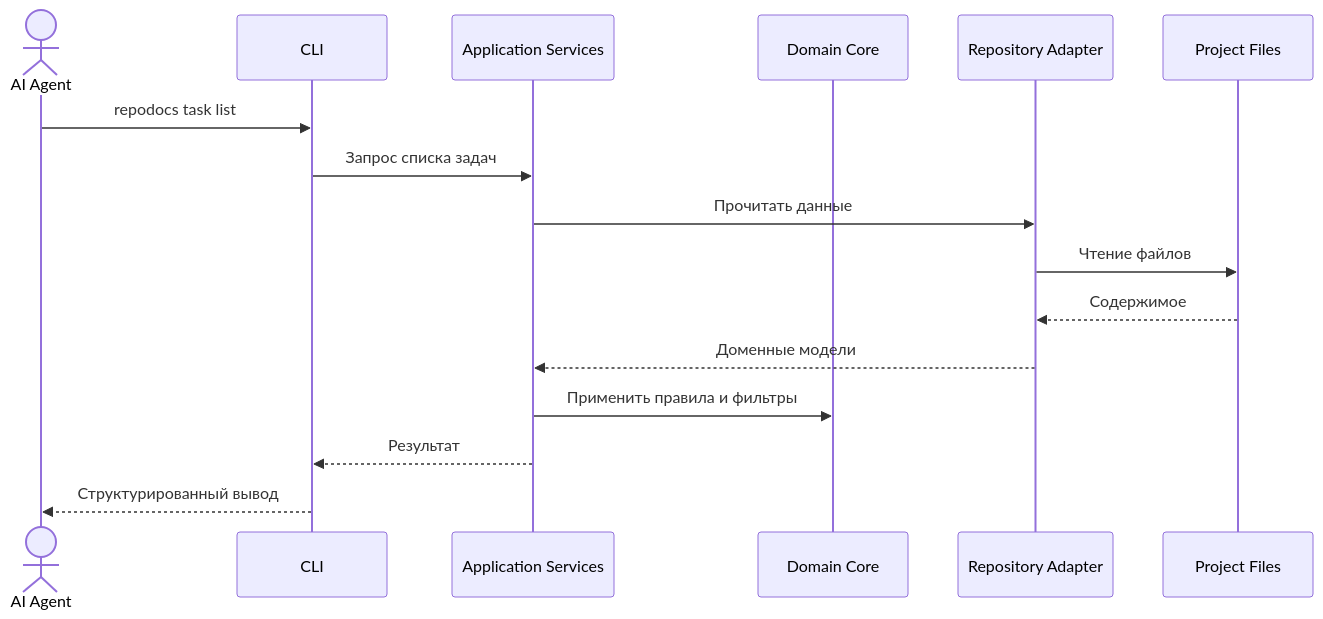
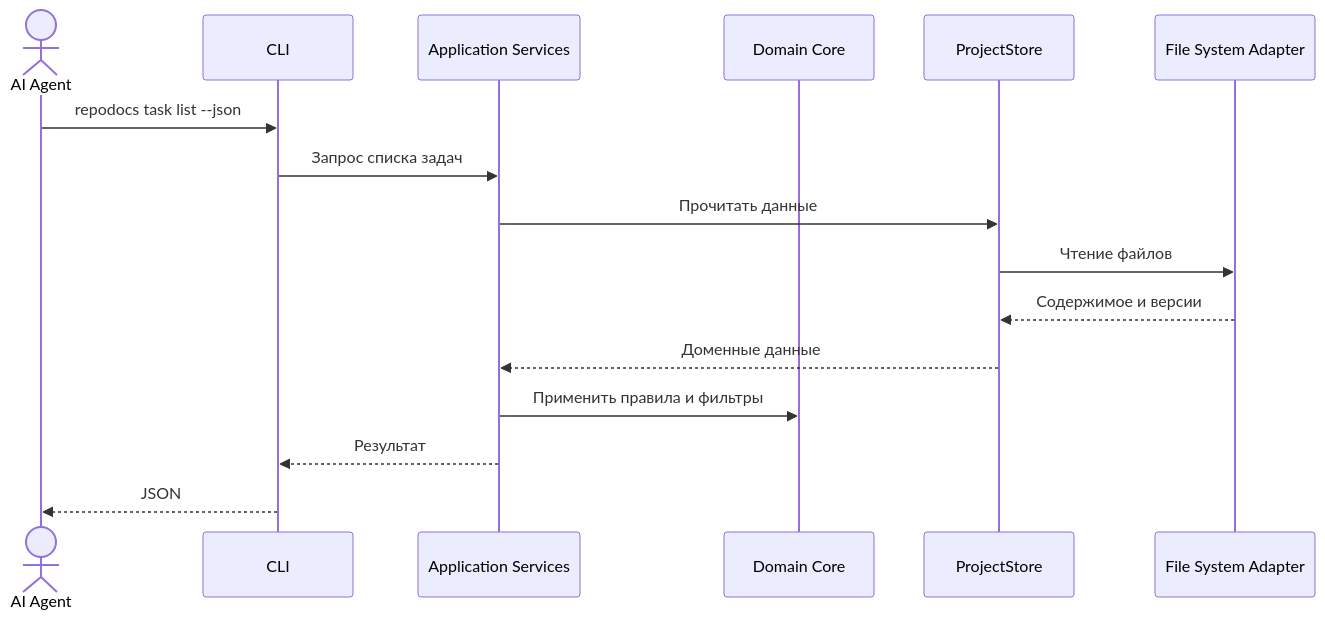
The third of 3 diagrams in docs/architecture/architecture-overview.md (diserere/repo-docs-tracker), drawn with Mermaid before and after one commit. The commit also changed other lines of this file, not shown here.

Commit message:
docs: update architecture overview to v0.2

````diff
--- a/docs/architecture/architecture-overview.md
+++ b/docs/architecture/architecture-overview.md
@@ -204,19 +309,19 @@
-``` mermaid
+```mermaid
 sequenceDiagram
     actor Agent as AI Agent
     participant CLI
     participant App as Application Services
     participant Core as Domain Core
-    participant Repo as Repository Adapter
-    participant FS as Project Files
+    participant Store as ProjectStore
+    participant FS as File System Adapter
 
-    Agent->>CLI: repodocs task list
+    Agent->>CLI: repodocs task list --json
     CLI->>App: Запрос списка задач
-    App->>Repo: Прочитать данные
-    Repo->>FS: Чтение файлов
-    FS-->>Repo: Содержимое
-    Repo-->>App: Доменные модели
+    App->>Store: Прочитать данные
+    Store->>FS: Чтение файлов
+    FS-->>Store: Содержимое и версии
+    Store-->>App: Доменные данные
     App->>Core: Применить правила и фильтры
     App-->>CLI: Результат
-    CLI-->>Agent: Структурированный вывод
+    CLI-->>Agent: JSON
 ```
````
